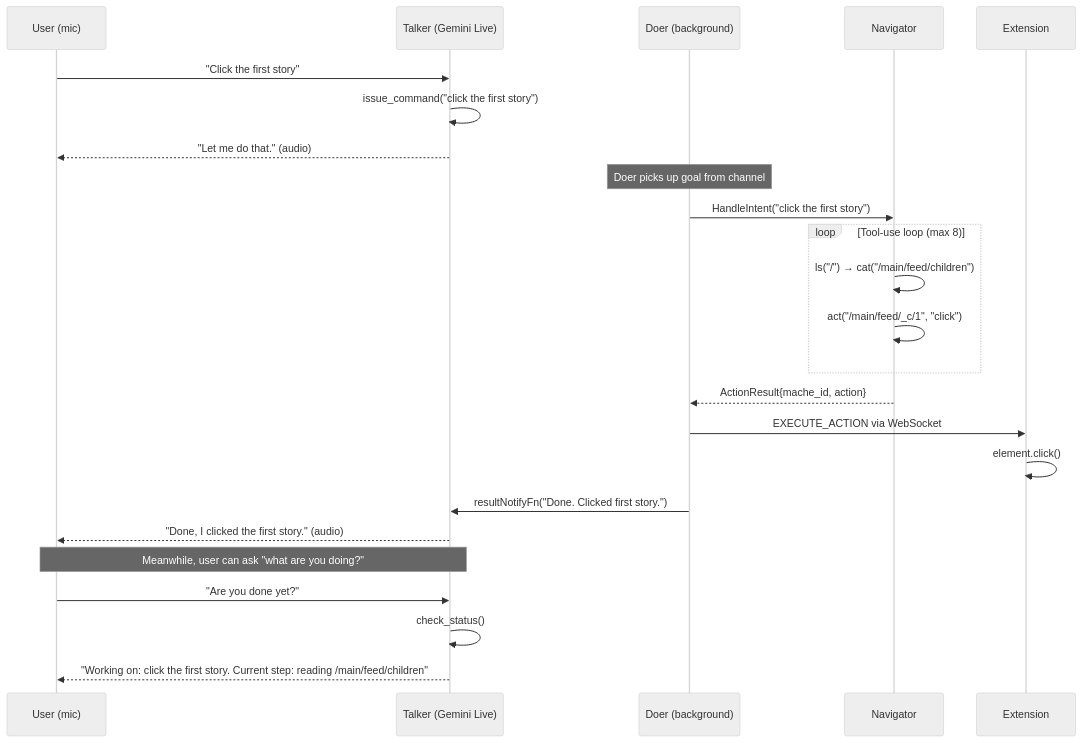
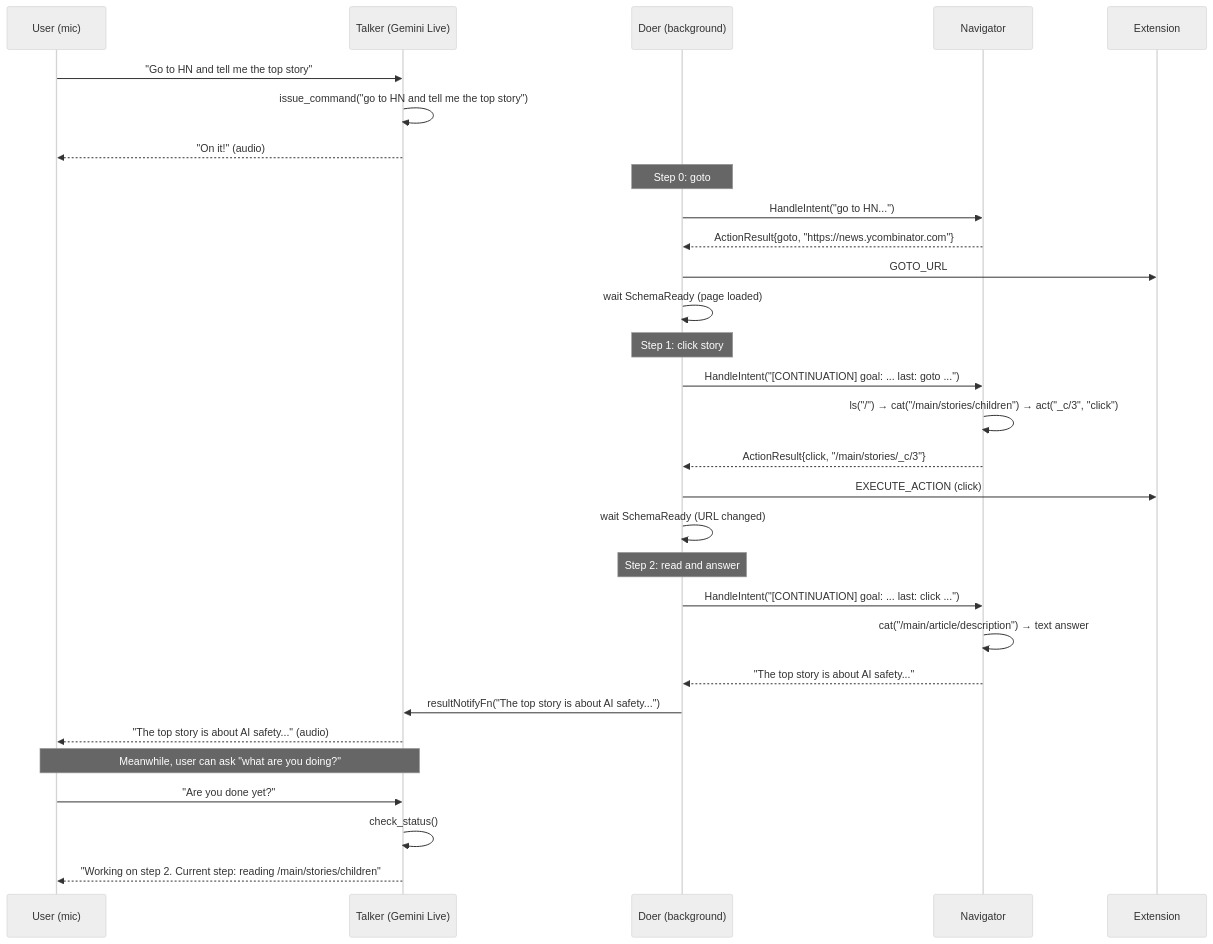
One commit to agentic-research/x-ray changed the second of 8 diagrams in docs/ARCHITECTURE.md. Above: the diagram before and after it, drawn with Mermaid (neutral theme). The commit also changed other lines of this file, not shown here.

Commit message:
docs: update ARCHITECTURE.md with multi-step Doer loop and cross-tab rebinding

````diff
--- a/docs/ARCHITECTURE.md
+++ b/docs/ARCHITECTURE.md
@@ -61,31 +84,38 @@
 ```mermaid
 sequenceDiagram
     participant U as User (mic)
     participant T as Talker (Gemini Live)
     participant D as Doer (background)
     participant N as Navigator
     participant E as Extension
 
-    U->>T: "Click the first story"
-    T->>T: issue_command("click the first story")
-    T-->>U: "Let me do that." (audio)
+    U->>T: "Go to HN and tell me the top story"
+    T->>T: issue_command("go to HN and tell me the top story")
+    T-->>U: "On it!" (audio)
 
-    Note over D: Doer picks up goal from channel
+    Note over D: Step 0: goto
+    D->>N: HandleIntent("go to HN...")
+    N-->>D: ActionResult{goto, "https://news.ycombinator.com"}
+    D->>E: GOTO_URL
+    D->>D: wait SchemaReady (page loaded)
 
-    D->>N: HandleIntent("click the first story")
-    loop Tool-use loop (max 8)
-        N->>N: ls("/") → cat("/main/feed/children")
-        N->>N: act("/main/feed/_c/1", "click")
-    end
-    N-->>D: ActionResult{mache_id, action}
-    D->>E: EXECUTE_ACTION via WebSocket
-    E->>E: element.click()
+    Note over D: Step 1: click story
+    D->>N: HandleIntent("[CONTINUATION] goal: ... last: goto ...")
+    N->>N: ls("/") → cat("/main/stories/children") → act("_c/3", "click")
+    N-->>D: ActionResult{click, "/main/stories/_c/3"}
+    D->>E: EXECUTE_ACTION (click)
+    D->>D: wait SchemaReady (URL changed)
 
-    D->>T: resultNotifyFn("Done. Clicked first story.")
-    T-->>U: "Done, I clicked the first story." (audio)
+    Note over D: Step 2: read and answer
+    D->>N: HandleIntent("[CONTINUATION] goal: ... last: click ...")
+    N->>N: cat("/main/article/description") → text answer
+    N-->>D: "The top story is about AI safety..."
+
+    D->>T: resultNotifyFn("The top story is about AI safety...")
+    T-->>U: "The top story is about AI safety..." (audio)
 
     Note over U,T: Meanwhile, user can ask "what are you doing?"
     U->>T: "Are you done yet?"
     T->>T: check_status()
-    T-->>U: "Working on: click the first story. Current step: reading /main/feed/children"
+    T-->>U: "Working on step 2. Current step: reading /main/stories/children"
 ```
````
